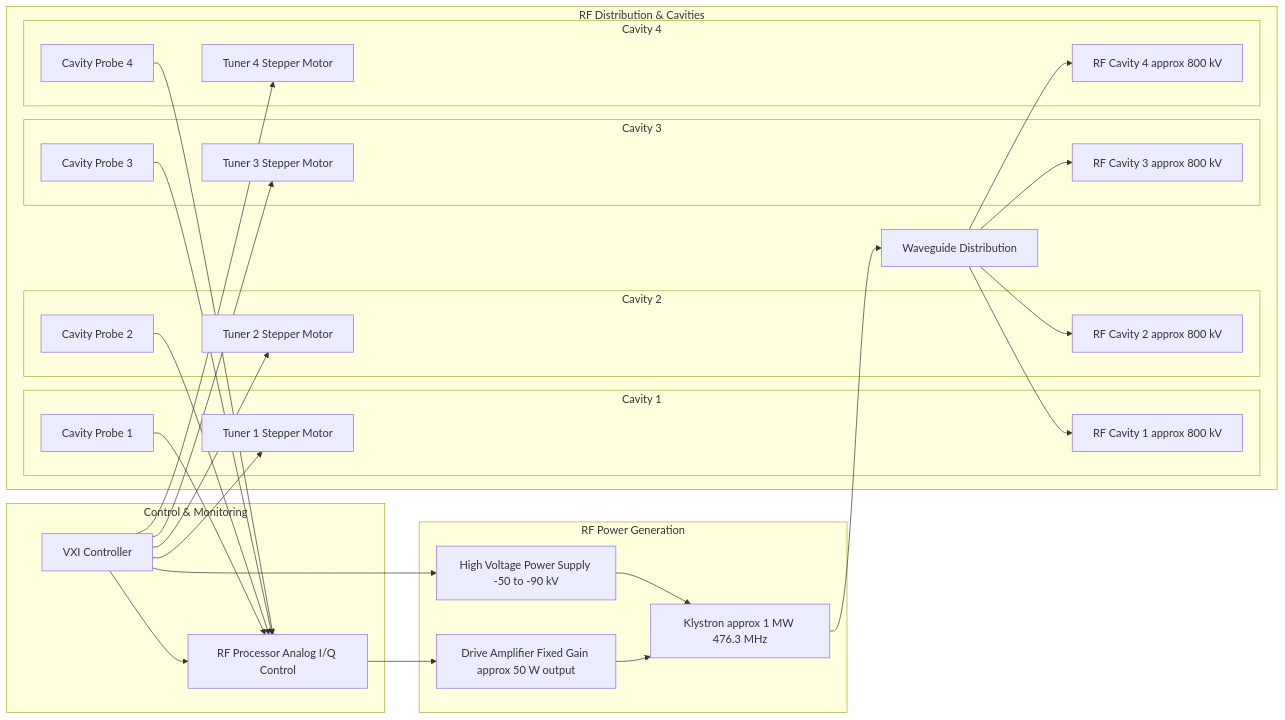
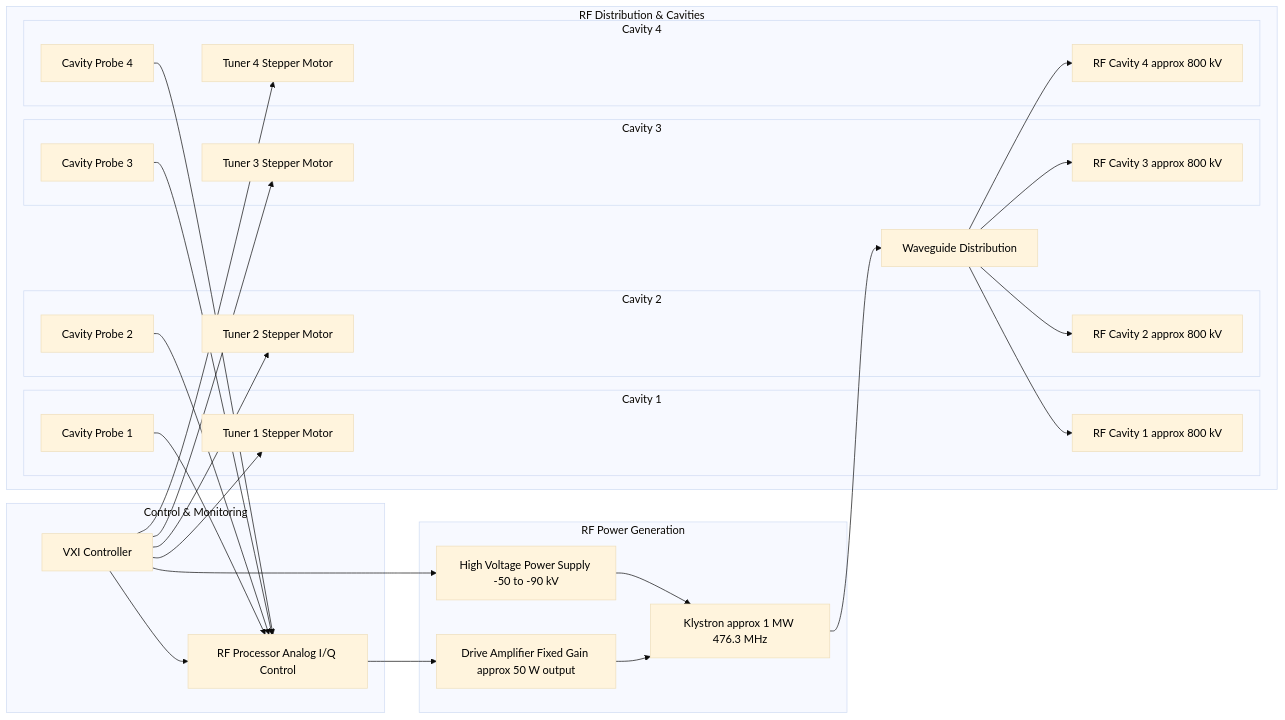
Before and after one commit to fayaw/spearlegacyLLRF: the second of 18 diagrams in SPEAR3_LLRF_COMPREHENSIVE_ANALYSIS.md, drawn with Mermaid. The commit also changed other lines of this file, not shown here.

First line of the commit message:
Enhance diagram readability: larger fonts, better formatting, fix title blocking

````diff
--- a/SPEAR3_LLRF_COMPREHENSIVE_ANALYSIS.md
+++ b/SPEAR3_LLRF_COMPREHENSIVE_ANALYSIS.md
@@ -74,63 +74,64 @@
 ```mermaid
+%%{init: {'theme':'base', 'themeVariables': {'fontSize': '16px', 'fontFamily': 'Arial', 'primaryTextColor': '#000000'}}}%%
 graph LR
  subgraph "RF Power Generation"
  HVPS[High Voltage Power Supply -50 to -90 kV]
  Drive[Drive Amplifier Fixed Gain approx 50 W output]
  Klystron[Klystron approx 1 MW 476.3 MHz]
  end
  
  subgraph "RF Distribution & Cavities"
  WG[Waveguide Distribution]
  
  subgraph "Cavity 1"
  C1[RF Cavity 1 approx 800 kV]
  T1[Tuner 1 Stepper Motor]
  P1[Cavity Probe 1]
  end
  
  subgraph "Cavity 2"
  C2[RF Cavity 2 approx 800 kV]
  T2[Tuner 2 Stepper Motor]
  P2[Cavity Probe 2]
  end
  
  subgraph "Cavity 3"
  C3[RF Cavity 3 approx 800 kV]
  T3[Tuner 3 Stepper Motor]
  P3[Cavity Probe 3]
  end
  
  subgraph "Cavity 4"
  C4[RF Cavity 4 approx 800 kV]
  T4[Tuner 4 Stepper Motor]
  P4[Cavity Probe 4]
  end
  end
  
  subgraph "Control & Monitoring"
  RFP[RF Processor Analog I/Q Control]
  VXI[VXI Controller]
  end
  
  HVPS --> Klystron
  Drive --> Klystron
  RFP --> Drive
  Klystron --> WG
  
  WG --> C1
  WG --> C2
  WG --> C3
  WG --> C4
  
  P1 --> RFP
  P2 --> RFP
  P3 --> RFP
  P4 --> RFP
  
  VXI --> HVPS
  VXI --> RFP
  VXI --> T1
  VXI --> T2
  VXI --> T3
  VXI --> T4
 ```
````
